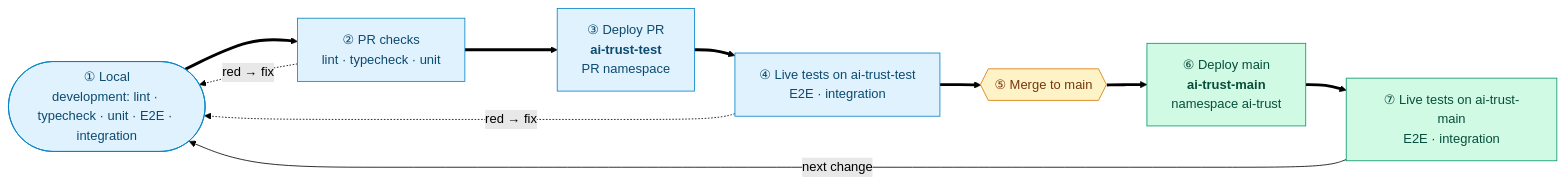
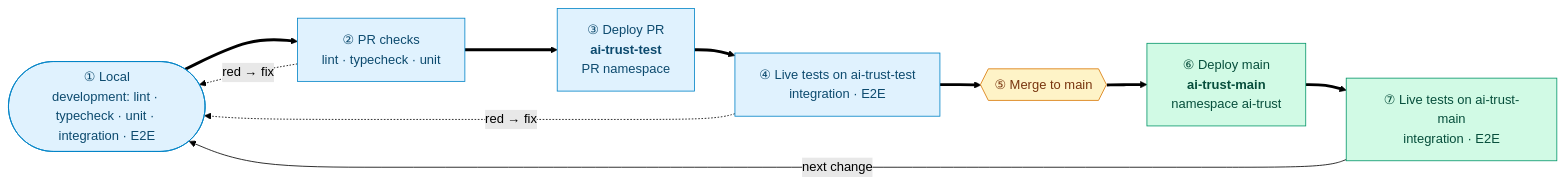
One commit to AI-Trust-Services/ai-trust-platform changed the diagram in docs/tests.md. Above: the diagram before and after it, drawn with Mermaid (forest theme).

Commit message:
test md refactor

````diff
--- a/docs/tests.md
+++ b/docs/tests.md
@@ -34,22 +34,22 @@
 ```mermaid
 flowchart LR
-    DEV(["① Local<br/>development: lint · typecheck · unit · E2E · integration"])
+    DEV(["① Local<br/>development: lint · typecheck · unit · integration · E2E"])
     PR["② PR checks<br/>lint · typecheck · unit"]
     DT["③ Deploy PR<br/><b>ai-trust-test</b><br/>PR namespace"]
-    LT["④ Live tests on ai-trust-test<br/>E2E · integration"]
+    LT["④ Live tests on ai-trust-test<br/>integration · E2E"]
     MG{{"⑤ Merge to main"}}
     DM["⑥ Deploy main<br/><b>ai-trust-main</b><br/>namespace ai-trust"]
-    LM["⑦ Live tests on ai-trust-main<br/>E2E · integration"]
+    LM["⑦ Live tests on ai-trust-main<br/>integration · E2E"]
 
     DEV ==> PR ==> DT ==> LT ==> MG ==> DM ==> LM
     LM -- "next change" --> DEV
     PR -. "red → fix" .-> DEV
     LT -. "red → fix" .-> DEV
 
     classDef test fill:#e0f2fe,stroke:#0284c7,color:#0c4a6e
     classDef main fill:#d1fae5,stroke:#059669,color:#064e3b
     classDef gate fill:#fef3c7,stroke:#d97706,color:#78350f
     class DEV,PR,DT,LT test
     class DM,LM main
     class MG gate
 ```
````
